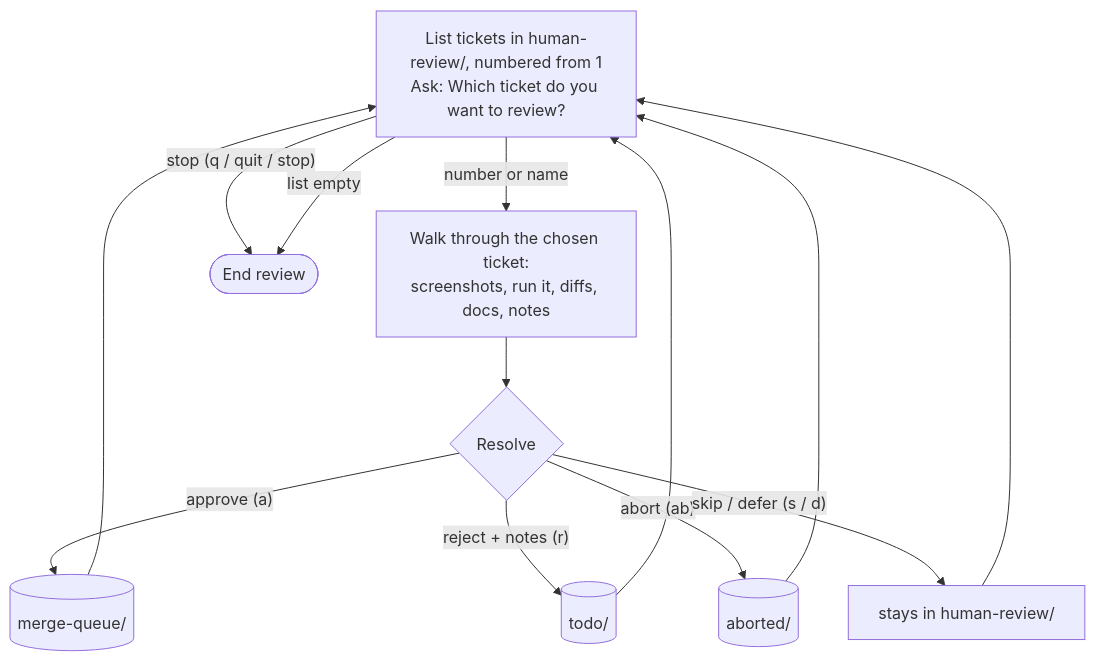
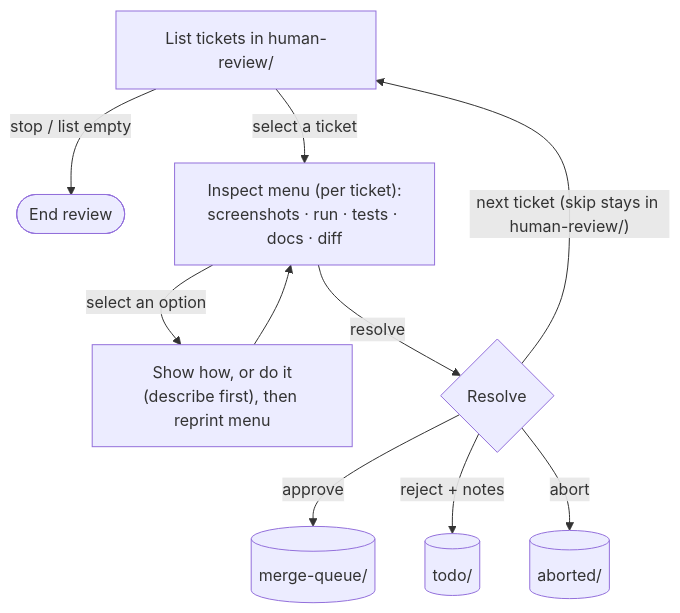
One commit to ashleydavis/playbook changed the third of 3 diagrams in handbook.md. Above: the diagram before and after it, drawn with Mermaid. The commit also changed other lines of this file and 3 other files, not shown here.

````diff
--- a/handbook.md
+++ b/handbook.md
@@ -325,16 +342,13 @@
 ```mermaid
 flowchart TD
-    LIST["List tickets in human-review/, numbered from 1<br/>Ask: Which ticket do you want to review?"]
-    LIST -->|"number or name"| WALK["Walk through the chosen ticket:<br/>screenshots, run it, diffs, docs, notes"]
-    LIST -->|"stop (q / quit / stop)"| END(["End review"])
-    LIST -->|"list empty"| END
-    WALK --> RESOLVE{"Resolve"}
-    RESOLVE -->|"approve (a)"| MQ[("merge-queue/")]
-    RESOLVE -->|"reject + notes (r)"| TODO[("todo/")]
-    RESOLVE -->|"abort (ab)"| ABORT[("aborted/")]
-    RESOLVE -->|"skip / defer (s / d)"| STAY["stays in human-review/"]
-    MQ --> LIST
-    TODO --> LIST
-    ABORT --> LIST
-    STAY --> LIST
+    LIST["List tickets in human-review/"]
+    LIST -->|"stop / list empty"| END(["End review"])
+    LIST -->|"select a ticket"| MENU["Inspect menu (per ticket):<br/>screenshots · run · tests · docs · diff"]
+    MENU -->|"select an option"| DO["Show how, or do it<br/>(describe first), then reprint menu"]
+    DO --> MENU
+    MENU -->|"resolve"| RESOLVE{"Resolve"}
+    RESOLVE -->|"approve"| MQ[("merge-queue/")]
+    RESOLVE -->|"reject + notes"| TODO[("todo/")]
+    RESOLVE -->|"abort"| ABORT[("aborted/")]
+    RESOLVE -->|"next ticket (skip stays in human-review/)"| LIST
 ```
````
